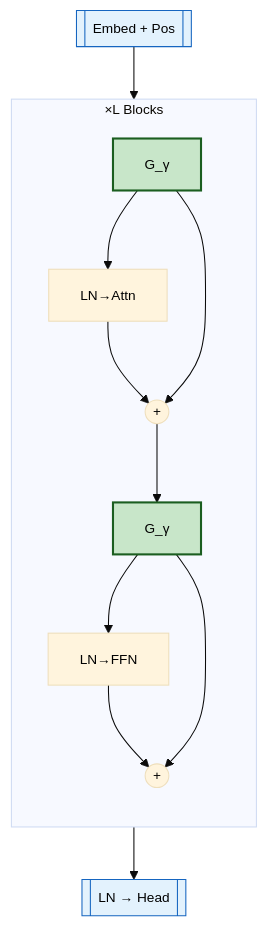
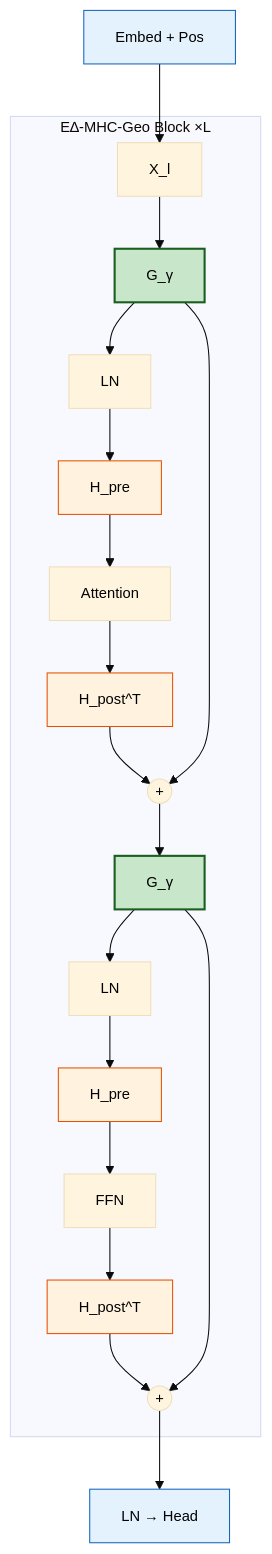
One commit to arash-shahmansoori/edelta changed the fifth of 7 diagrams in docs/RESEARCH.md. Above: the diagram before and after it, drawn with Mermaid.

Commit message:
Update Figure 4 with complete E∆-MHC-Geo architecture
Added H_pre and H_post^T mappings (orange) showing full layer transition:
  X_{l+1} = G_γ(X_l) + H_post^T · F(H_pre · LN(G_γ(X_l)))

Verified against:
- Theoretical equation (RESEARCH.md Section 7.4)
- Code implementation (edelta_hybrid.py Block.forward)

All components match: G_γ → LN → H_pre → F → H_post^T → (+)

````diff
--- a/docs/RESEARCH.md
+++ b/docs/RESEARCH.md
@@ -1073,17 +1073,22 @@
 ```mermaid
-%%{init: {'theme': 'base', 'themeVariables': { 'fontSize': '13px', 'fontFamily': 'Arial', 'primaryTextColor': '#000'}}}%%
+%%{init: {'theme': 'base', 'themeVariables': { 'fontSize': '14px', 'fontFamily': 'Arial', 'primaryTextColor': '#000'}}}%%
 flowchart TB
-    IN[["Embed + Pos"]] --> BLK
-    subgraph BLK["×L Blocks"]
-        direction TB
-        G1["G_γ"] --> LN1["LN→Attn"] --> R1((+))
+    IN["Embed + Pos"] --> X["X_l"]
+    subgraph BLK["E∆-MHC-Geo Block ×L"]
+        X --> G1["G_γ"]
+        G1 --> LN1["LN"] --> H1["H_pre"] --> ATT["Attention"] --> H2["H_post^T"] --> R1((+))
         G1 --> R1
-        R1 --> G2["G_γ"] --> LN2["LN→FFN"] --> R2((+))
+        R1 --> G2["G_γ"]
+        G2 --> LN2["LN"] --> H3["H_pre"] --> FFN["FFN"] --> H4["H_post^T"] --> R2((+))
         G2 --> R2
     end
-    BLK --> OUT[["LN → Head"]]
+    R2 --> OUT["LN → Head"]
     style G1 fill:#c8e6c9,stroke:#1b5e20,stroke-width:2px
     style G2 fill:#c8e6c9,stroke:#1b5e20,stroke-width:2px
+    style H1 fill:#fff3e0,stroke:#e65100,stroke-width:1px
+    style H2 fill:#fff3e0,stroke:#e65100,stroke-width:1px
+    style H3 fill:#fff3e0,stroke:#e65100,stroke-width:1px
+    style H4 fill:#fff3e0,stroke:#e65100,stroke-width:1px
     style IN fill:#e3f2fd,stroke:#1565c0
     style OUT fill:#e3f2fd,stroke:#1565c0
 ```
````
